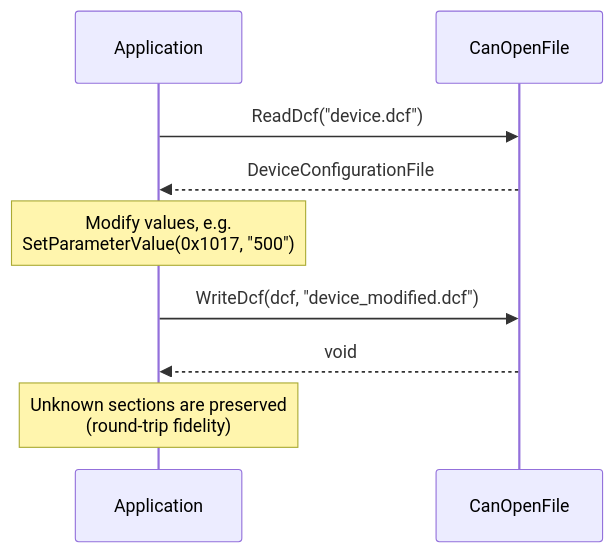
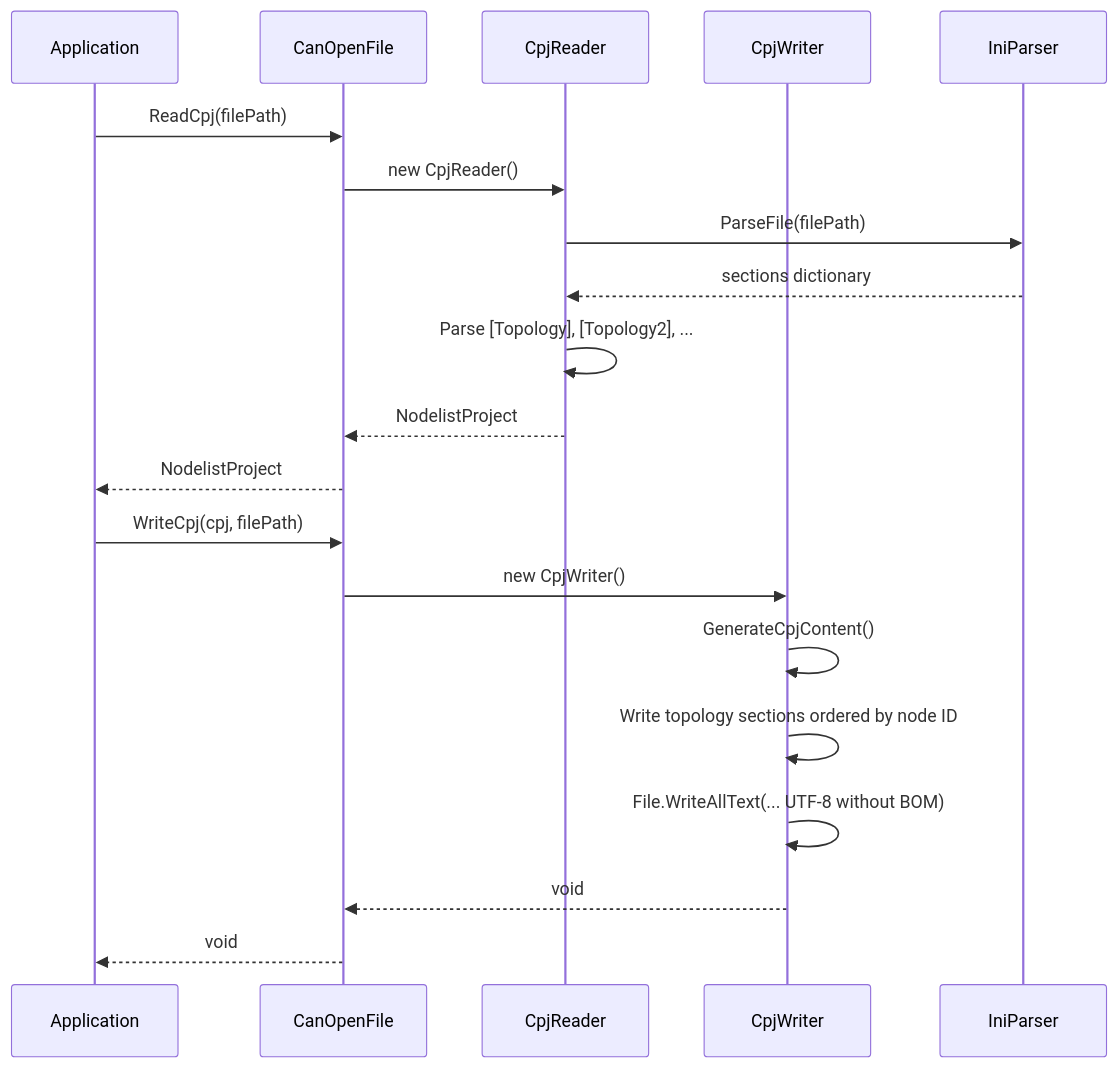
The fourth of 7 diagrams in docs/architecture/06-runtime-view.md (dborgards/eds-dcf-net), drawn with Mermaid before and after one commit. The commit also changed other lines of this file and 14 other files, not shown here.

Commit message:
docs: align readme and architecture with current format support (#65)

````diff
--- a/docs/architecture/06-runtime-view.md
+++ b/docs/architecture/06-runtime-view.md
@@ -93,15 +74,24 @@
 ```mermaid
 sequenceDiagram
     participant App as Application
     participant CF as CanOpenFile
+    participant CR as CpjReader
+    participant CW as CpjWriter
+    participant IP as IniParser
 
-    App->>CF: ReadDcf("device.dcf")
-    CF-->>App: DeviceConfigurationFile
+    App->>CF: ReadCpj(filePath)
+    CF->>CR: new CpjReader()
+    CR->>IP: ParseFile(filePath)
+    IP-->>CR: sections dictionary
+    CR->>CR: Parse [Topology], [Topology2], ...
+    CR-->>CF: NodelistProject
+    CF-->>App: NodelistProject
 
-    Note over App: Modify values, e.g.<br/>SetParameterValue(0x1017, "500")
-
-    App->>CF: WriteDcf(dcf, "device_modified.dcf")
+    App->>CF: WriteCpj(cpj, filePath)
+    CF->>CW: new CpjWriter()
+    CW->>CW: GenerateCpjContent()
+    CW->>CW: Write topology sections ordered by node ID
+    CW->>CW: File.WriteAllText(... UTF-8 without BOM)
+    CW-->>CF: void
     CF-->>App: void
-
-    Note over App: Unknown sections are preserved<br/>(round-trip fidelity)
 ```
````
